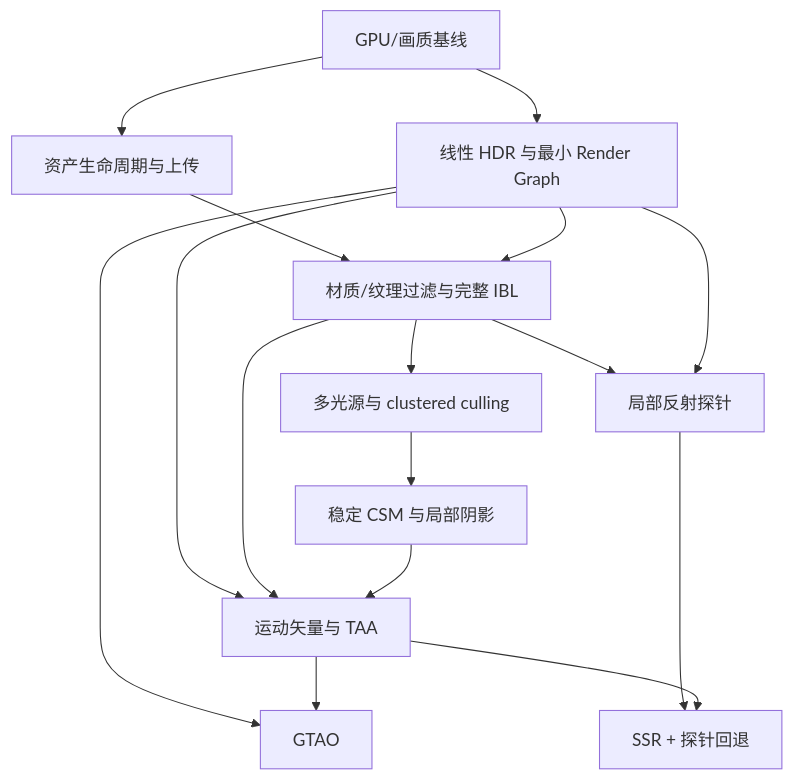
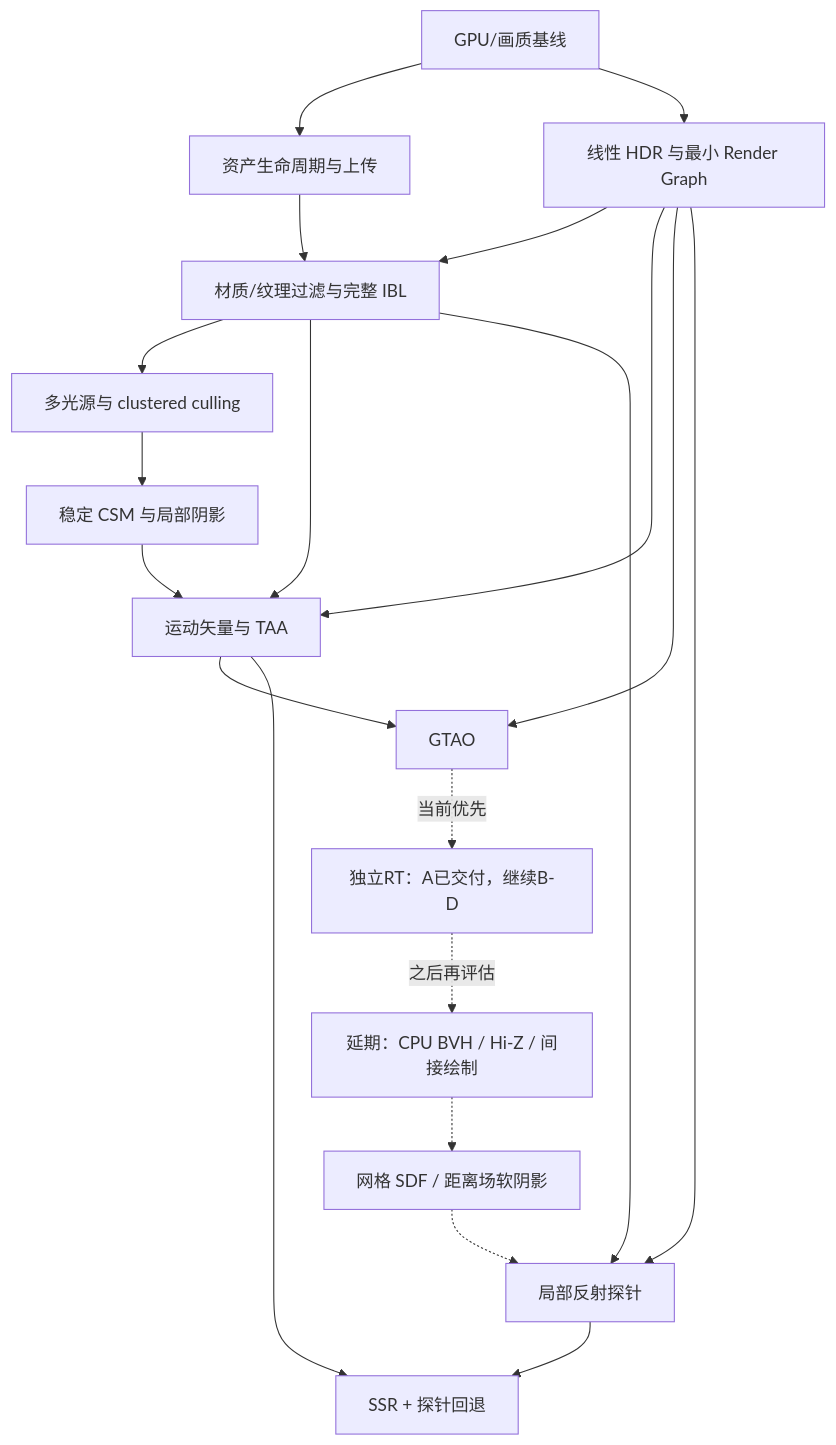
Before and after one commit to ztc2006/GraphicsPrograming: the diagram in Engine_Roadmap.md, drawn with Mermaid. The commit also changed other lines of this file and 97 other files, not shown here.

````diff
--- a/Engine_Roadmap.md
+++ b/Engine_Roadmap.md
@@ -57,18 +73,22 @@
 ```mermaid
 flowchart TD
   A[GPU/画质基线] --> B[资产生命周期与上传]
   A --> C[线性 HDR 与最小 Render Graph]
   B --> D[材质/纹理过滤与完整 IBL]
   C --> D
   D --> E[多光源与 clustered culling]
   E --> F[稳定 CSM 与局部阴影]
   C --> G[运动矢量与 TAA]
   D --> G
   F --> G
   C --> H[GTAO]
   G --> H
+  H -.当前优先.-> R[独立RT：A已交付，继续B-D]
+  R -.之后再评估.-> V[延期：CPU BVH / Hi-Z / 间接绘制]
+  V -.-> S[网格 SDF / 距离场软阴影]
+  S -.-> I
   D --> I[局部反射探针]
   C --> I
   I --> J[SSR + 探针回退]
   G --> J
 ```
````
